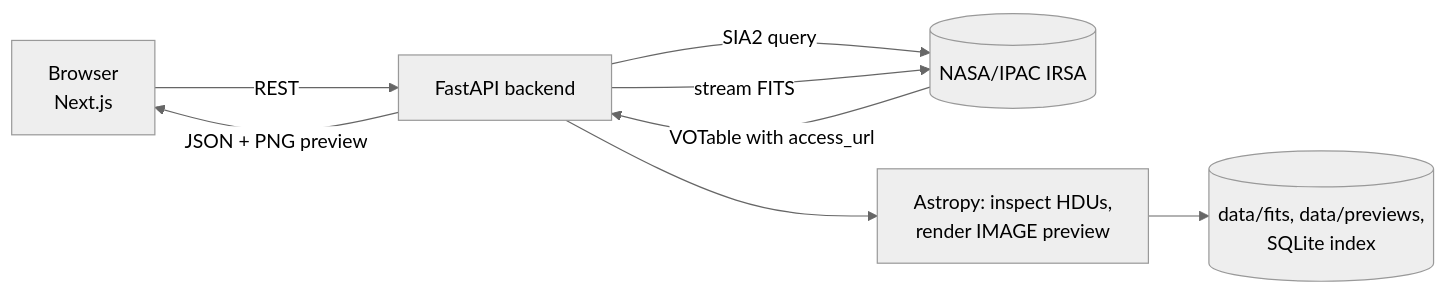
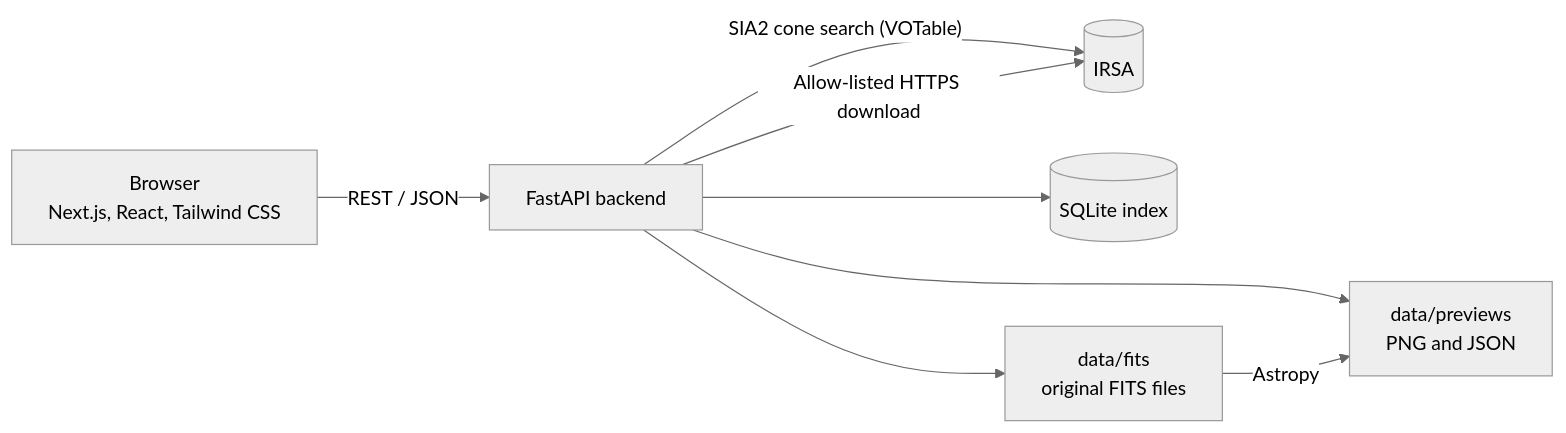
One commit to Eng-Hu-snain-Ali/SPHEREx changed the diagram in README.md. Above: the diagram before and after it, drawn with Mermaid (neutral theme). The commit also changed other lines of this file, not shown here.

````diff
--- a/README.md
+++ b/README.md
@@ -48,10 +72,10 @@
 ```mermaid
 flowchart LR
-  A[Browser<br/>Next.js] -->|REST| B[FastAPI backend]
-  B -->|SIA2 query| C[(NASA/IPAC IRSA)]
-  C -->|VOTable with access_url| B
-  B -->|stream FITS| C
-  B --> D[Astropy: inspect HDUs,<br/>render IMAGE preview]
-  D --> E[(data/fits, data/previews,<br/>SQLite index)]
-  B -->|JSON + PNG preview| A
+    B["Browser<br/>Next.js, React, Tailwind CSS"] -->|REST / JSON| A["FastAPI backend"]
+    A -->|"SIA2 cone search (VOTable)"| I[("IRSA")]
+    A -->|"Allow-listed HTTPS download"| I
+    A --> D[("SQLite index")]
+    A --> F["data/fits<br/>original FITS files"]
+    A --> P["data/previews<br/>PNG and JSON"]
+    F -->|Astropy| P
 ```
````
